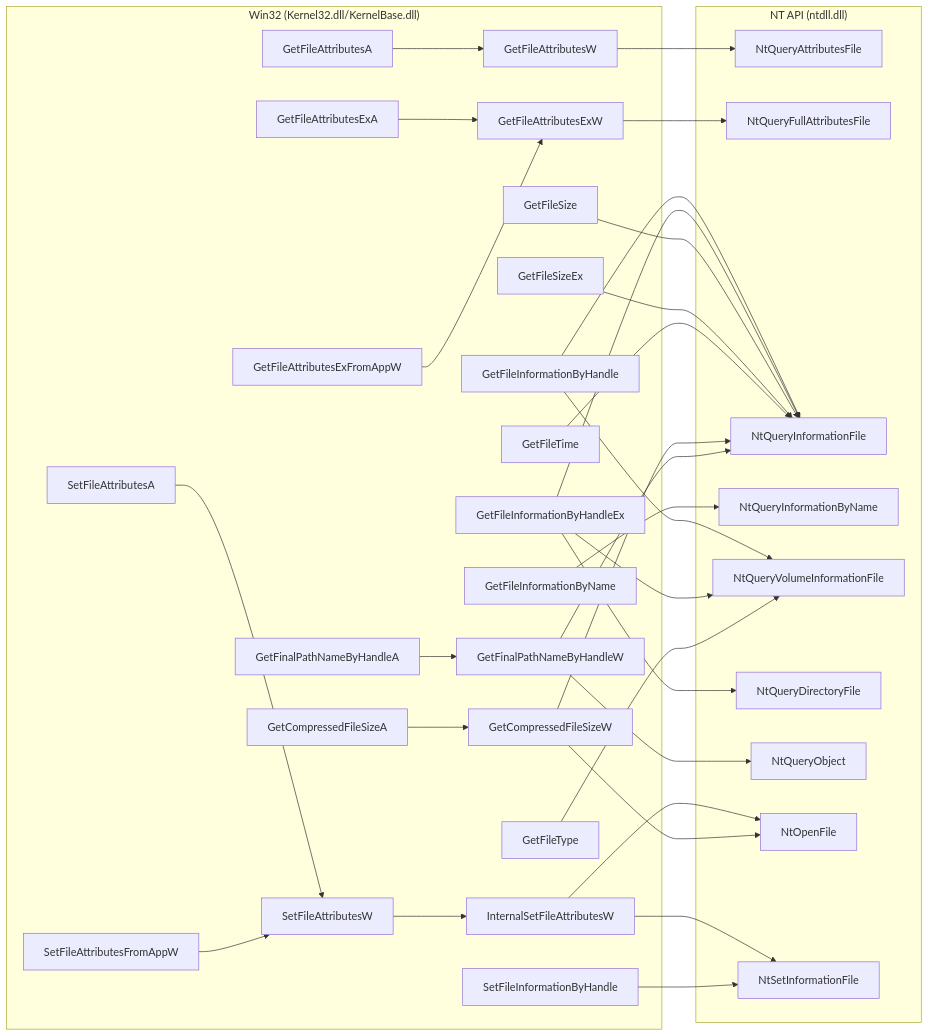
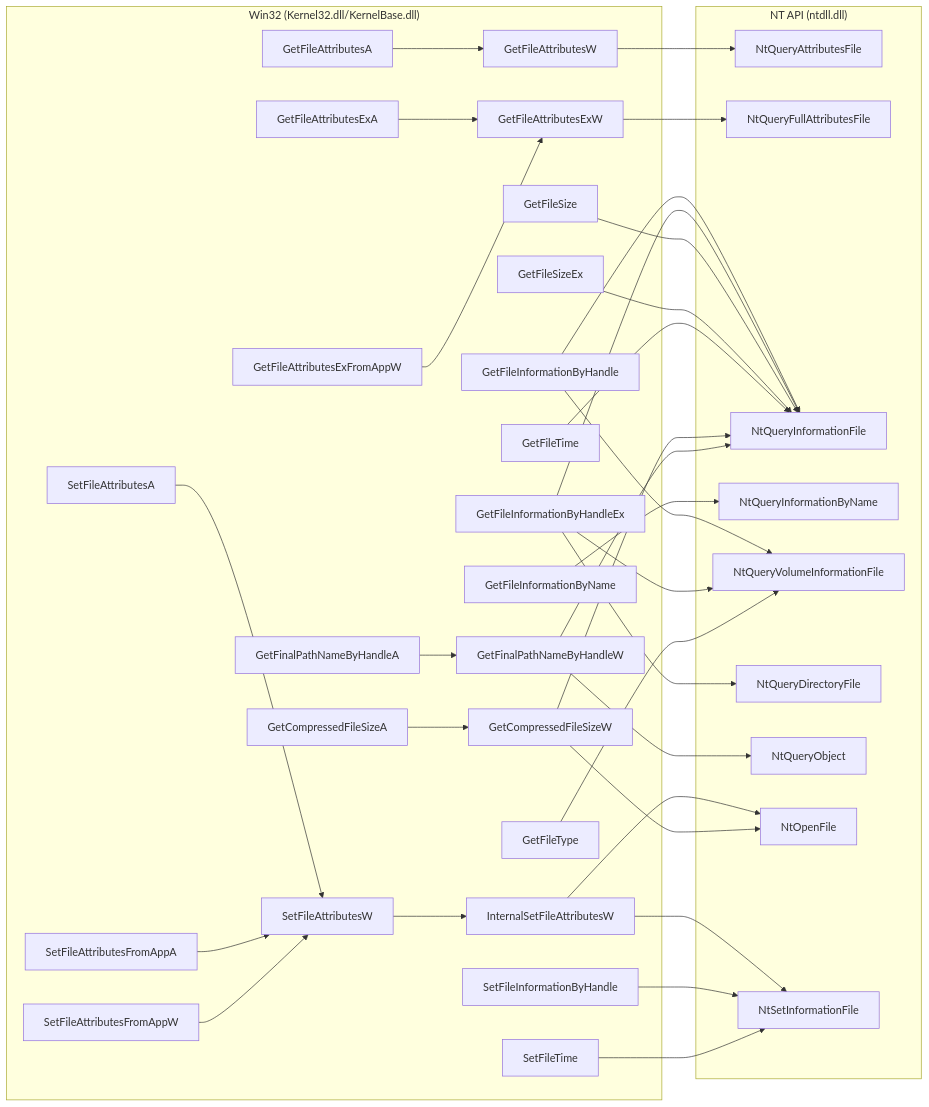
Before and after one commit to Sewer56/vfs-writeup: the fifth of 11 diagrams in docs/index.md, drawn with Mermaid.

Commit message:
Added: SetFileAttributes & SetFileTime

````diff
--- a/docs/index.md
+++ b/docs/index.md
@@ -432,67 +432,71 @@
 ```mermaid
 flowchart LR
     subgraph Win32["Win32 (Kernel32.dll/KernelBase.dll)"]
     GetFileAttributesA
     GetFileAttributesExA
     GetFileAttributesExFromAppW
     GetFileAttributesExW
     GetFileAttributesW
     SetFileAttributesA
+    SetFileAttributesFromAppA
     SetFileAttributesFromAppW
     SetFileAttributesW
     InternalSetFileAttributesW
     GetFileInformationByHandle
     GetFileInformationByHandleEx
     SetFileInformationByHandle
     GetFileInformationByName
     GetFileSize
     GetFileSizeEx
     GetFileTime
+    SetFileTime
     GetFileType
     GetCompressedFileSizeA
     GetCompressedFileSizeW
     GetFinalPathNameByHandleA
     GetFinalPathNameByHandleW
 
     GetFileAttributesA --> GetFileAttributesW
     GetFileAttributesExA --> GetFileAttributesExW
     GetFileAttributesExFromAppW --> GetFileAttributesExW
     SetFileAttributesA --> SetFileAttributesW
+    SetFileAttributesFromAppA --> SetFileAttributesW
     SetFileAttributesFromAppW --> SetFileAttributesW
     SetFileAttributesW --> InternalSetFileAttributesW
     GetCompressedFileSizeA --> GetCompressedFileSizeW
     GetFinalPathNameByHandleA --> GetFinalPathNameByHandleW
     end
 
     subgraph NT["NT API (ntdll.dll)"]
     NtQueryAttributesFile
     NtQueryFullAttributesFile
     NtQueryInformationFile
     NtQueryInformationByName
     NtQueryVolumeInformationFile
     NtQueryDirectoryFile
     NtQueryObject
     NtOpenFile
     NtSetInformationFile
 
     GetFileAttributesExW --> NtQueryFullAttributesFile
     GetFileAttributesW --> NtQueryAttributesFile
     InternalSetFileAttributesW --> NtOpenFile
     InternalSetFileAttributesW --> NtSetInformationFile
     GetFileInformationByHandle --> NtQueryVolumeInformationFile
     GetFileInformationByHandle --> NtQueryInformationFile
     GetFileInformationByHandleEx --> NtQueryDirectoryFile
     GetFileInformationByHandleEx --> NtQueryInformationFile
     GetFileInformationByHandleEx --> NtQueryVolumeInformationFile
     GetFileInformationByName --> NtQueryInformationByName
     GetFileSize --> NtQueryInformationFile
     GetFileSizeEx --> NtQueryInformationFile
     GetFileTime --> NtQueryInformationFile
     GetFileType --> NtQueryVolumeInformationFile
     GetCompressedFileSizeW --> NtOpenFile
     GetCompressedFileSizeW --> NtQueryInformationFile
     GetFinalPathNameByHandleW --> NtQueryObject
     GetFinalPathNameByHandleW --> NtQueryInformationFile
     SetFileInformationByHandle --> NtSetInformationFile
+    SetFileTime --> NtSetInformationFile
     end
 ```
````
